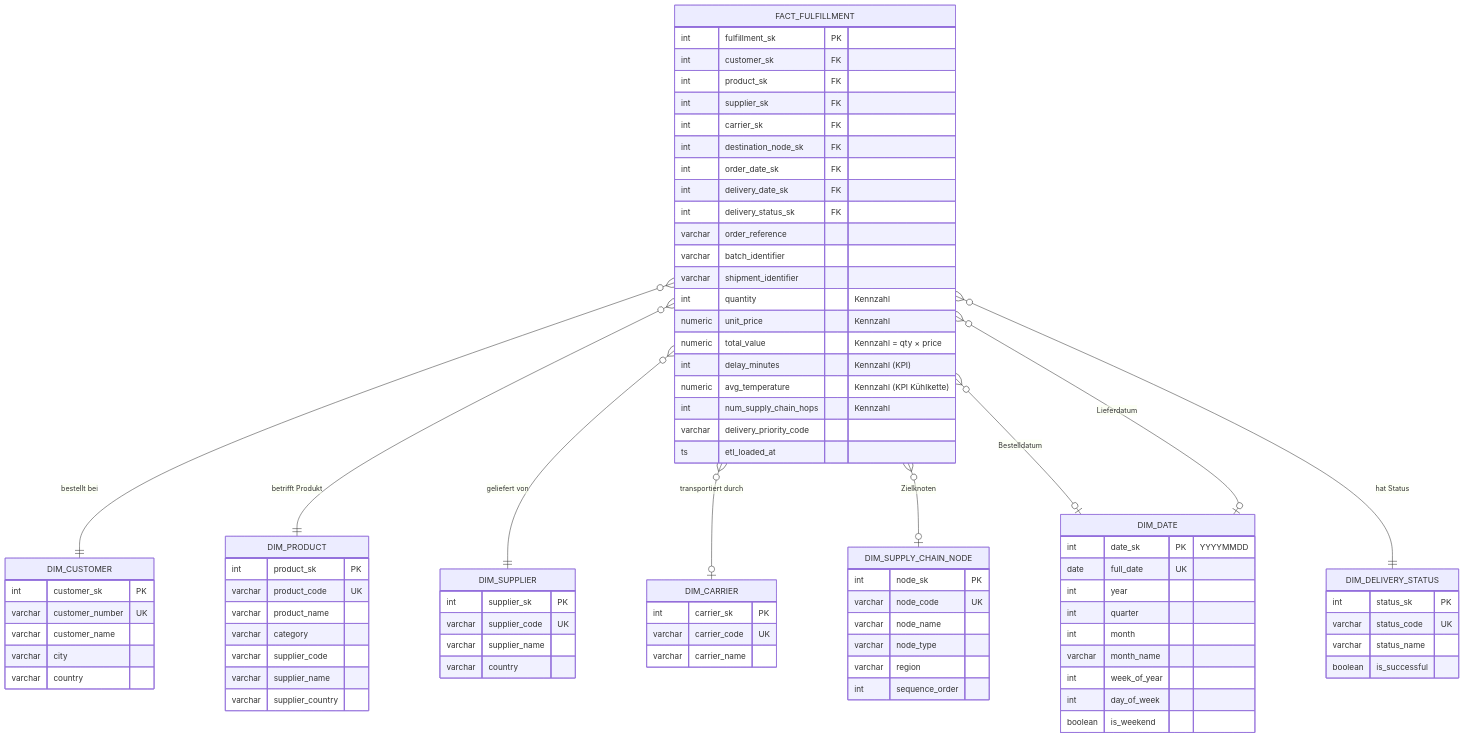
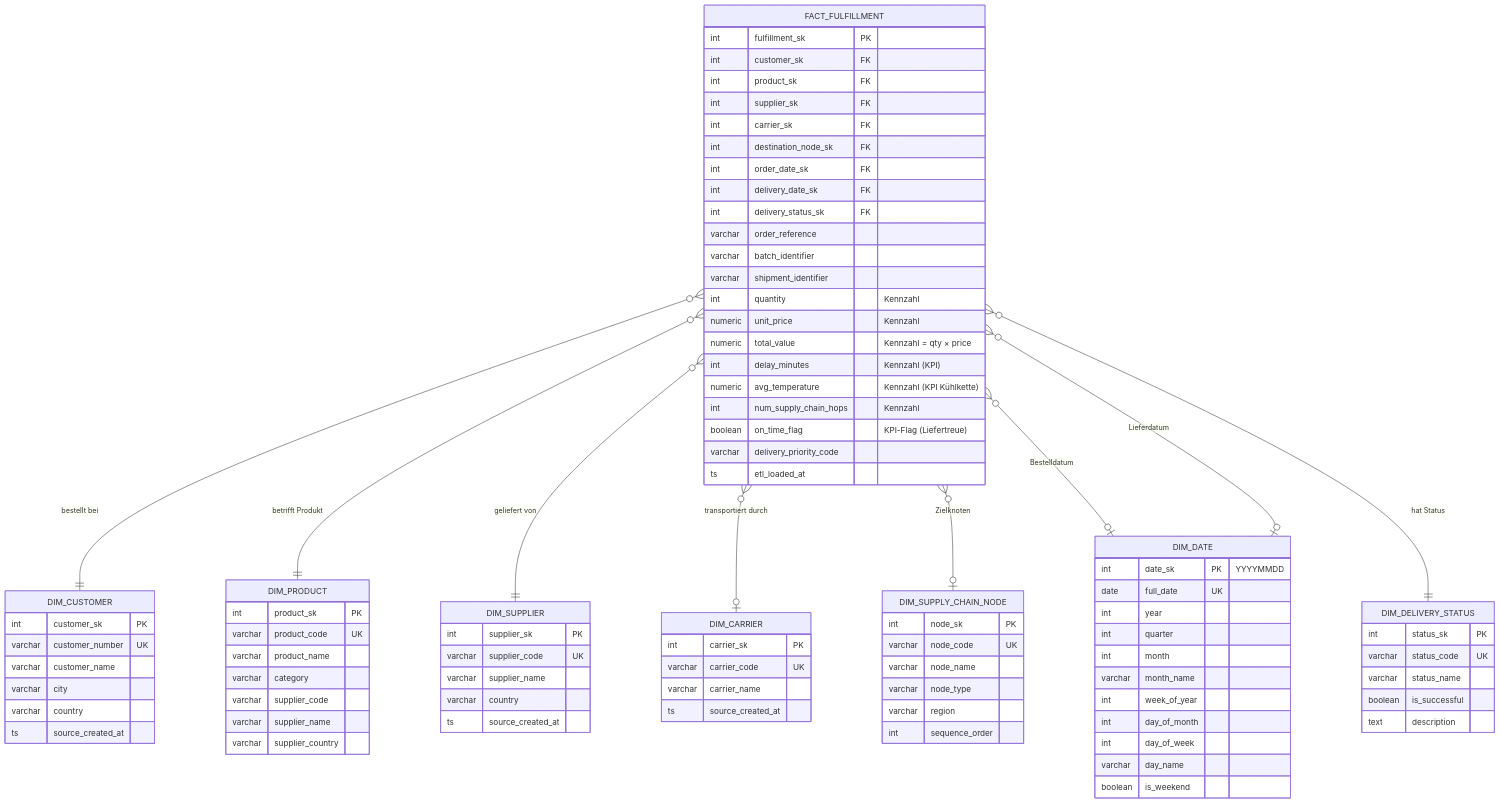
Before and after one commit to Omied1/gruppe7_dma_sose26: the diagram in docs/07_dwh_model.md, drawn with Mermaid. The commit also changed other lines of this file and 419 other files, not shown here.

```diff
--- a/docs/07_dwh_model.md
+++ b/docs/07_dwh_model.md
@@ -46,6 +46,7 @@
         int     delay_minutes               "Kennzahl (KPI)"
         numeric avg_temperature             "Kennzahl (KPI Kühlkette)"
         int     num_supply_chain_hops       "Kennzahl"
+        boolean on_time_flag                "KPI-Flag (Liefertreue)"
         varchar delivery_priority_code
         ts      etl_loaded_at
     }
@@ -56,6 +57,7 @@
         varchar customer_name
         varchar city
         varchar country
+        ts      source_created_at
     }
 
     DIM_PRODUCT {
@@ -73,12 +75,14 @@
         varchar supplier_code   UK
         varchar supplier_name
         varchar country
+        ts      source_created_at
     }
 
     DIM_CARRIER {
         int     carrier_sk      PK
         varchar carrier_code    UK
         varchar carrier_name
+        ts      source_created_at
     }
 
     DIM_SUPPLY_CHAIN_NODE {
@@ -98,7 +102,9 @@
         int     month
         varchar month_name
         int     week_of_year
+        int     day_of_month
         int     day_of_week
+        varchar day_name
         boolean is_weekend
     }
 
@@ -107,6 +113,7 @@
         varchar status_code     UK
         varchar status_name
         boolean is_successful
+        text    description
     }
 
     FACT_FULFILLMENT }o--|| DIM_CUSTOMER           : "bestellt bei"
```
